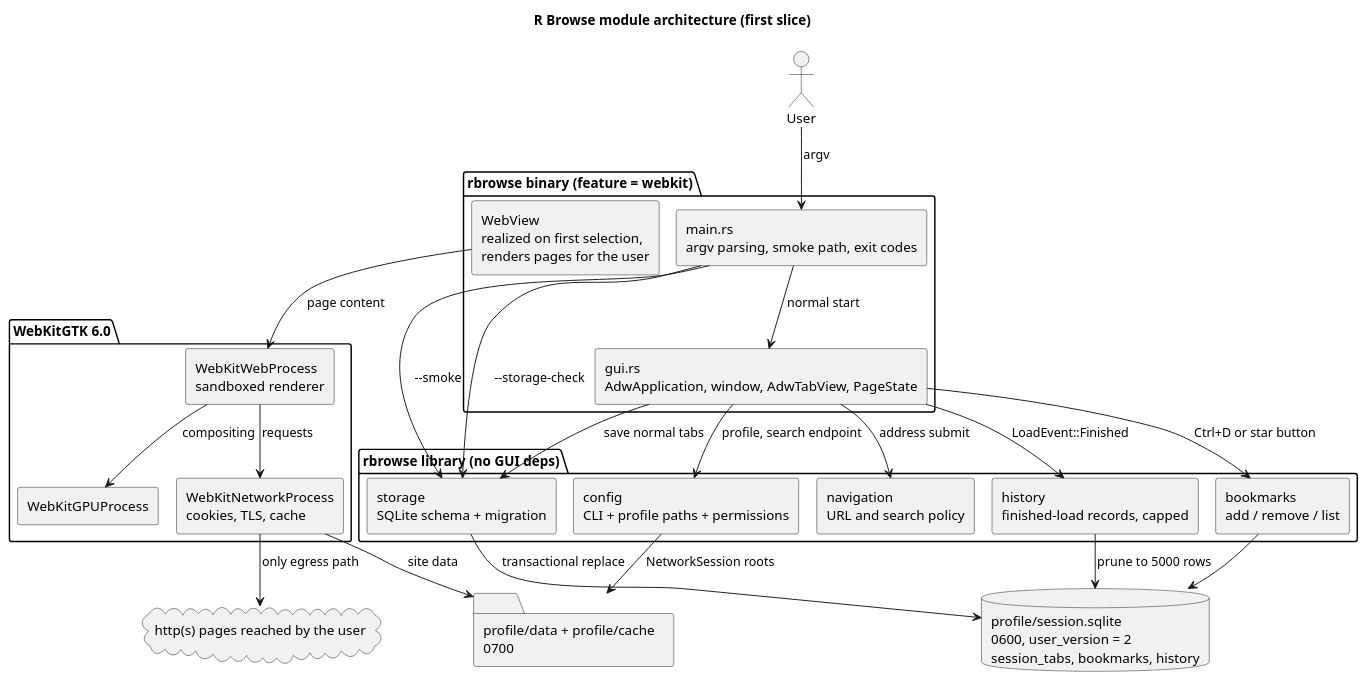
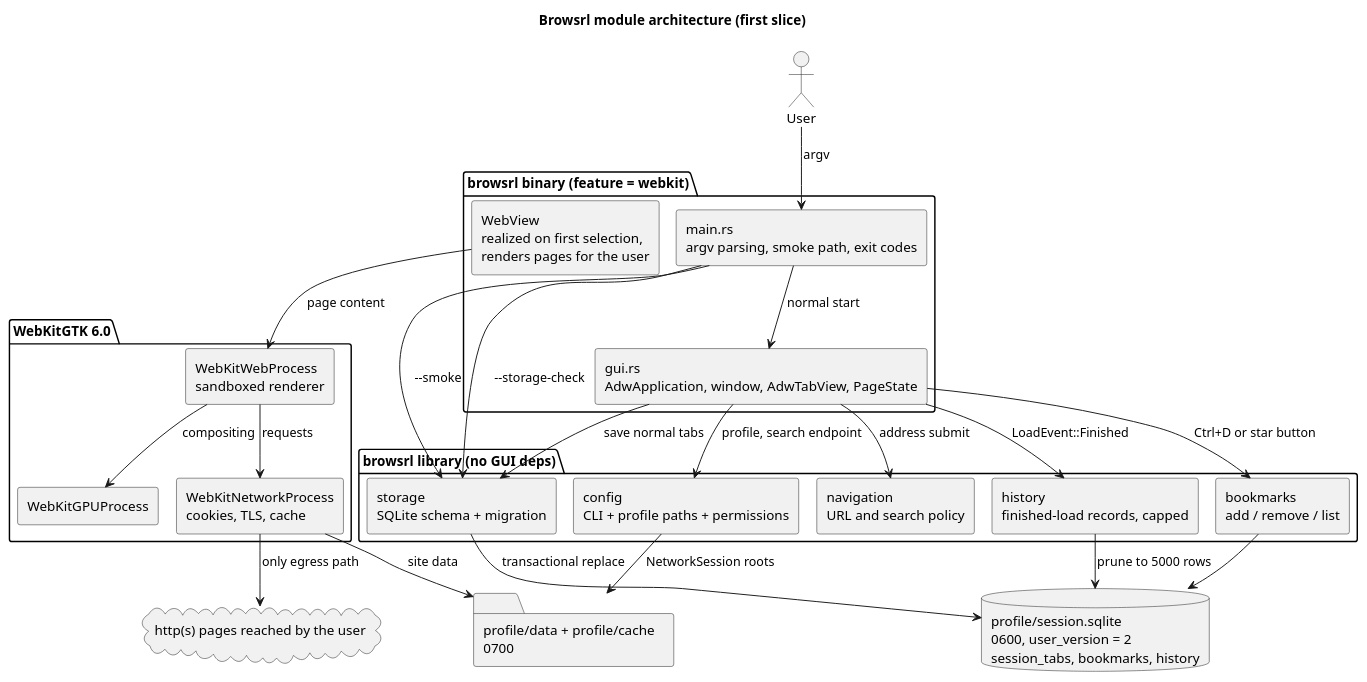
One commit to mariobgsp/browsrl changed the diagram in diagrams/architecture.puml. Above: the diagram before and after it, drawn with PlantUML. The commit also changed 29 other files, not shown here.

```diff
--- a/diagrams/architecture.puml
+++ b/diagrams/architecture.puml
@@ -1,52 +1,52 @@
 @startuml
 !pragma layout smetana
-title R Browse module architecture (first slice)
+title Browsrl module architecture (first slice)
 
 skinparam componentStyle rectangle
 skinparam shadowing false
 
 actor User
 
-package "rbrowse binary (feature = webkit)" as Shell {
+package "browsrl binary (feature = webkit)" as Shell {
   rectangle "main.rs\nargv parsing, smoke path, exit codes" as Main
   rectangle "gui.rs\nAdwApplication, window, AdwTabView, PageState" as Gui
   rectangle "WebView\nrealized on first selection,\nrenders pages for the user" as WebView
 }
 
-package "rbrowse library (no GUI deps)" as Core {
+package "browsrl library (no GUI deps)" as Core {
   rectangle "config\nCLI + profile paths + permissions" as Config
   rectangle "navigation\nURL and search policy" as Navigation
   rectangle "storage\nSQLite schema + migration" as Storage
   rectangle "bookmarks\nadd / remove / list" as Bookmarks
   rectangle "history\nfinished-load records, capped" as History
 }
 
 package "WebKitGTK 6.0" as WebKit {
   rectangle "WebKitWebProcess\nsandboxed renderer" as WebProc
   rectangle "WebKitNetworkProcess\ncookies, TLS, cache" as NetProc
   rectangle "WebKitGPUProcess" as GPUProc
 }
 
 database "profile/session.sqlite\n0600, user_version = 2\nsession_tabs, bookmarks, history" as Db
 folder "profile/data + profile/cache\n0700" as WebsiteData
 cloud "http(s) pages reached by the user" as Pages
 
 User --> Main : argv
 Main --> Gui : normal start
 Main --> Storage : --smoke
 Main --> Storage : --storage-check
 Gui --> Config : profile, search endpoint
 Gui --> Navigation : address submit
 Gui --> Storage : save normal tabs
 Gui --> Bookmarks : Ctrl+D or star button
 Gui --> History : LoadEvent::Finished
 Storage --> Db : transactional replace
 Bookmarks --> Db
 History --> Db : prune to 5000 rows
 Config --> WebsiteData : NetworkSession roots
 WebView --> WebProc : page content
 WebProc --> NetProc : requests
 WebProc --> GPUProc : compositing
 NetProc --> WebsiteData : site data
 NetProc --> Pages : only egress path
 @enduml
```
